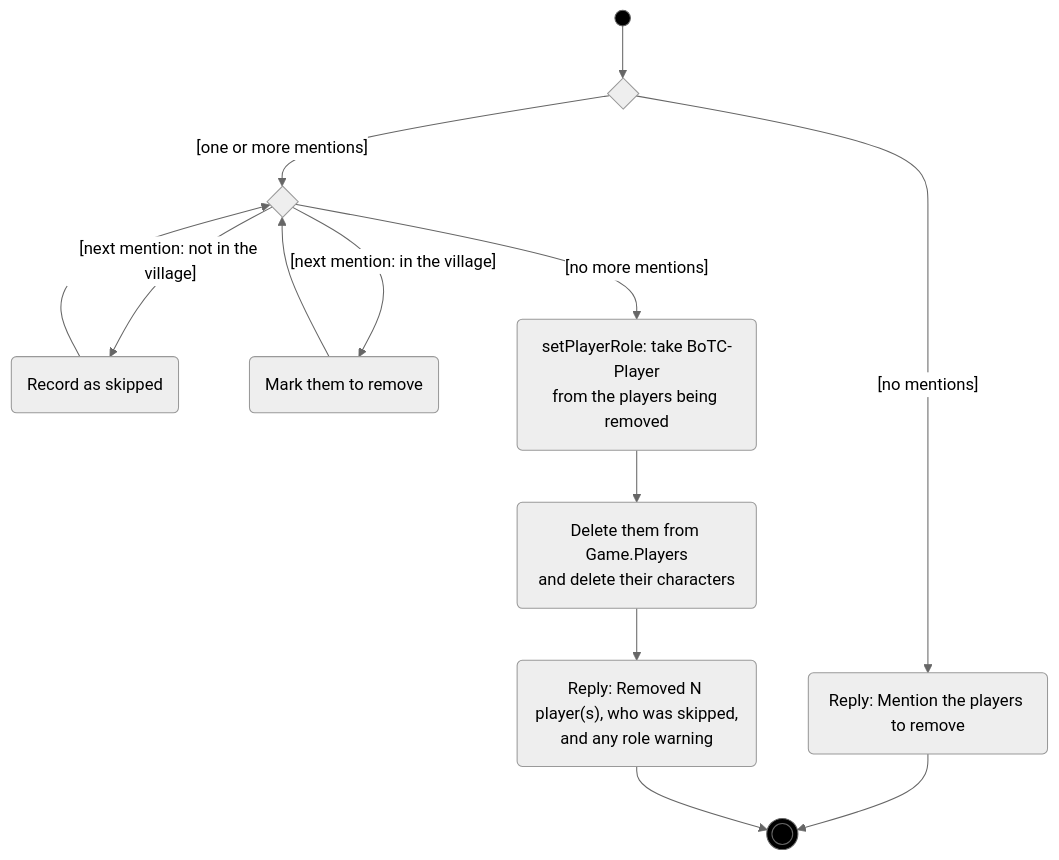
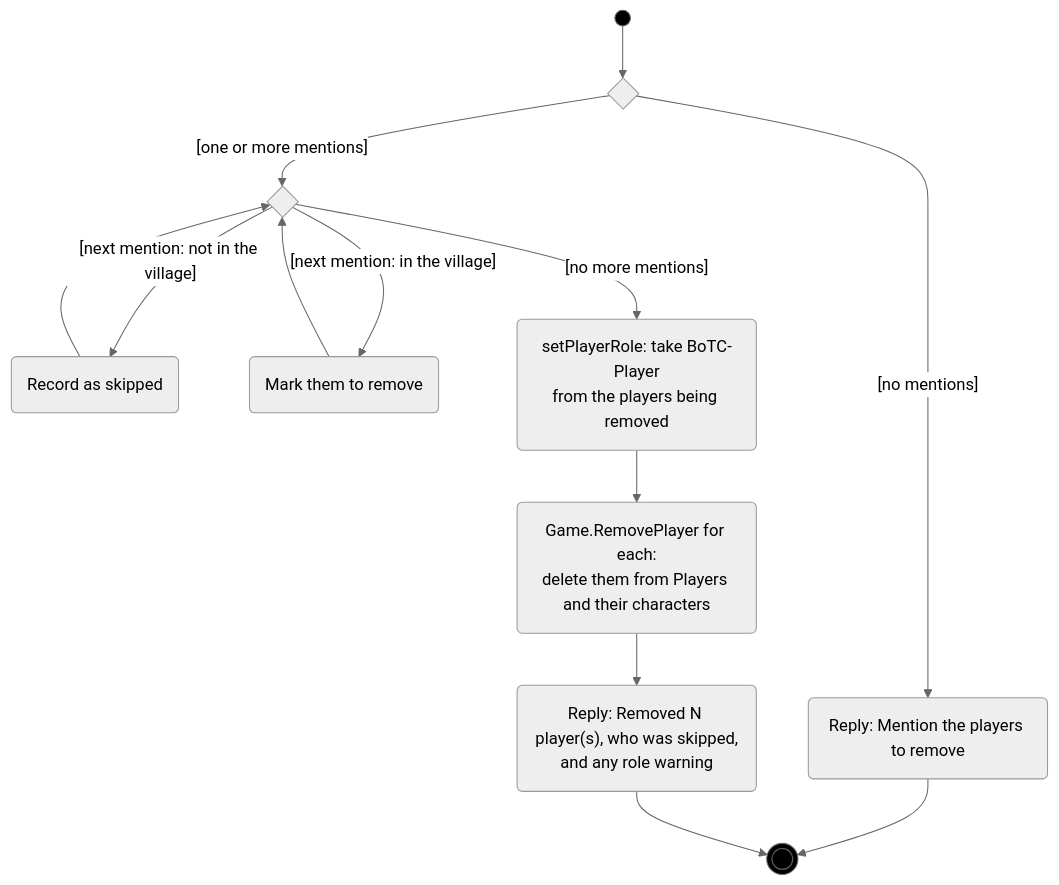
The fifth of 5 diagrams in docs/uml/village.md (RAGNOARAKNOS/BotOnTheClocktower), drawn with Mermaid (neutral theme) before and after one commit. The commit also changed other lines of this file and 9 other files, not shown here.

First line of the commit message:
Move game rules onto Game and test them

````diff
--- a/docs/uml/village.md
+++ b/docs/uml/village.md
@@ -116,18 +114,18 @@
 ```mermaid
 flowchart TD
     start((" ")):::initial --> d0{" "}
     d0 -->|"[no mentions]"| usage("Reply: Mention the players to remove")
     d0 -->|"[one or more mentions]"| next{" "}
     next -->|"[next mention: not in the village]"| skip("Record as skipped")
     next -->|"[next mention: in the village]"| mark("Mark them to remove")
     skip --> next
     mark --> next
     next -->|"[no more mentions]"| role("setPlayerRole: take BoTC-Player<br/>from the players being removed")
-    role --> del("Delete them from Game.Players<br/>and delete their characters")
+    role --> del("Game.RemovePlayer for each:<br/>delete them from Players and their characters")
     del --> reply("Reply: Removed N player(s), who was skipped,<br/>and any role warning")
     usage --> done(((" "))):::final
     reply --> done
 
     classDef initial fill:#000,stroke:#666
     classDef final fill:#000,stroke:#666
 ```
````
